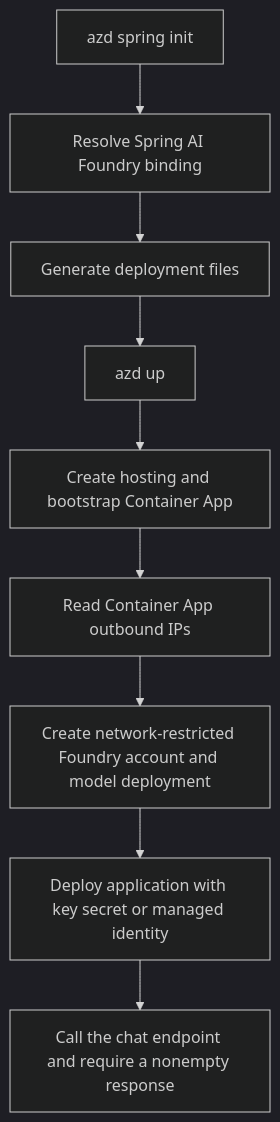
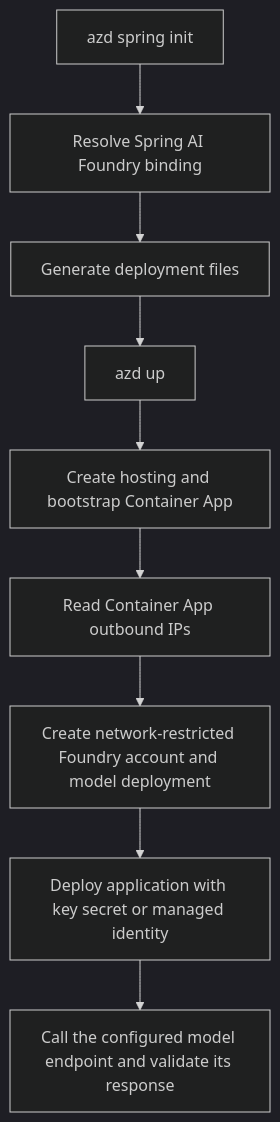
One commit to Azure/azure-dev changed the fourth of 4 diagrams in cli/azd/extensions/azure.springboot/DESIGN.md. Above: the diagram before and after it, drawn with Mermaid (dark theme). The commit also changed other lines of this file and 12 other files, not shown here.

````diff
--- a/cli/azd/extensions/azure.springboot/DESIGN.md
+++ b/cli/azd/extensions/azure.springboot/DESIGN.md
@@ -200,11 +203,11 @@
 ```mermaid
 flowchart TD
     Init[azd spring init] --> Analyze[Resolve Spring AI Foundry binding]
     Analyze --> Files[Generate deployment files]
     Files --> Up[azd up]
     Up --> Hosting[Create hosting and bootstrap Container App]
     Hosting --> IPs[Read Container App outbound IPs]
     IPs --> Foundry[Create network-restricted Foundry account and model deployment]
     Foundry --> Deploy[Deploy application with key secret or managed identity]
-    Deploy --> Verify[Call the chat endpoint and require a nonempty response]
+    Deploy --> Verify[Call the configured model endpoint and validate its response]
 ```
````
